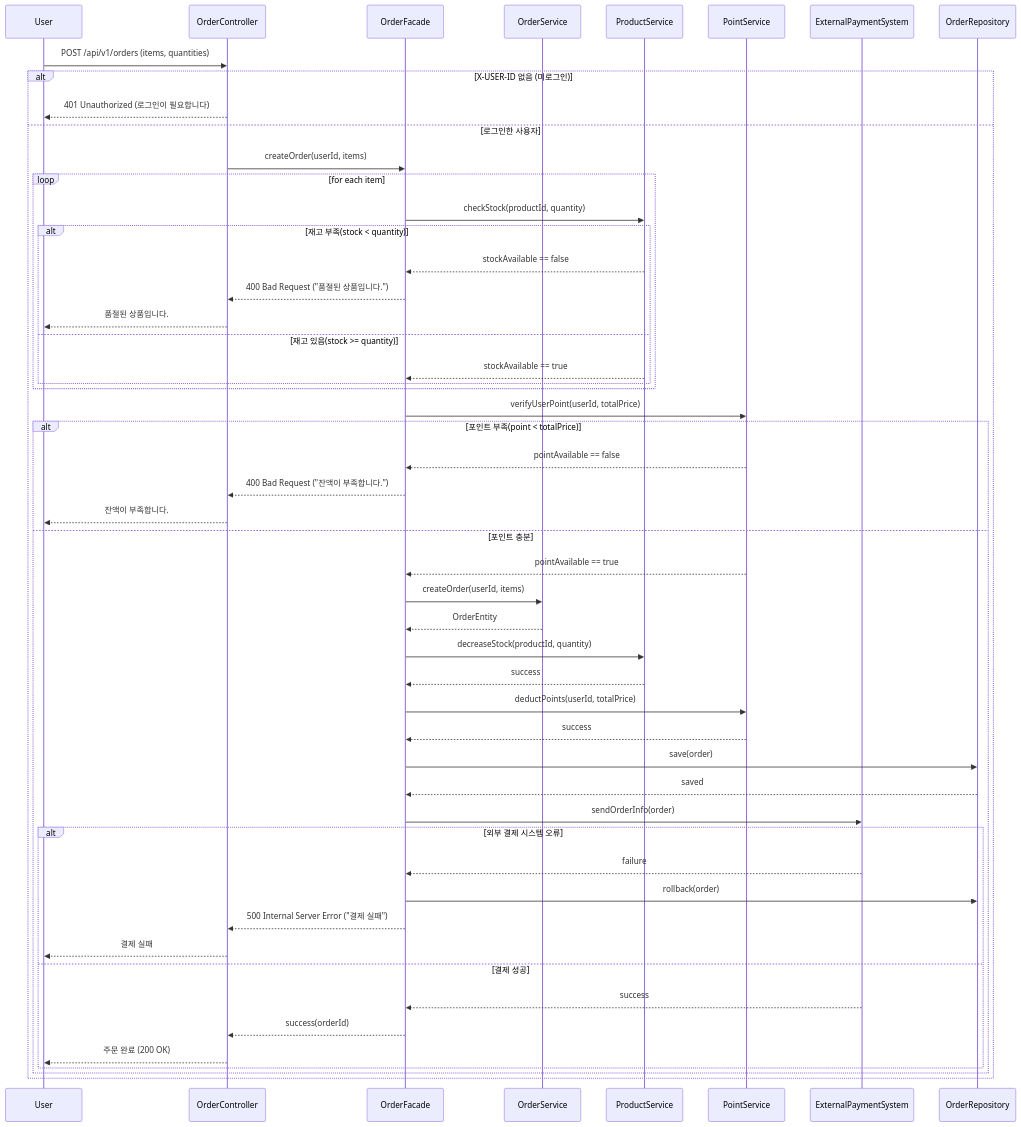
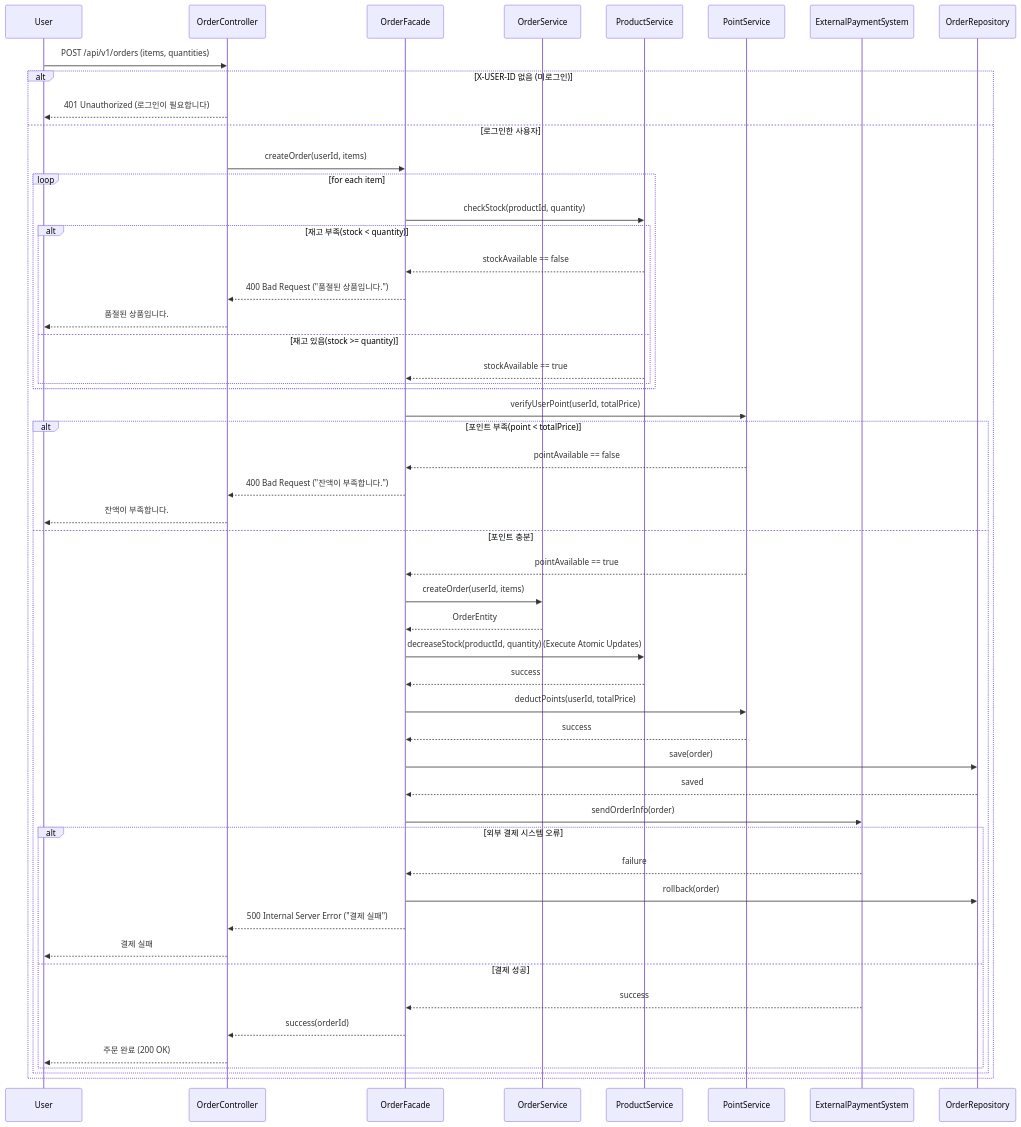
The seventh of 9 diagrams in docs/week2/02-sequence-diagrams.md (yeonjiyeon/loopers-spring-java-template), drawn with Mermaid before and after one commit.

Commit message:
docs: 동시성 이슈 관련 로직 추가

````diff
--- a/docs/week2/02-sequence-diagrams.md
+++ b/docs/week2/02-sequence-diagrams.md
@@ -246,67 +246,68 @@
 ```mermaid
 sequenceDiagram
     participant User
     participant OrderController
     participant OrderFacade
     participant OrderService
     participant ProductService
     participant PointService
     participant ExternalPaymentSystem
     participant OrderRepository
 
     User ->> OrderController: POST /api/v1/orders (items, quantities)
     
     alt X-USER-ID 없음 (미로그인)
         OrderController -->> User: 401 Unauthorized (로그인이 필요합니다)
     else 로그인한 사용자
         OrderController ->> OrderFacade: createOrder(userId, items)
 
         loop for each item
             OrderFacade ->> ProductService: checkStock(productId, quantity)
             
             alt 재고 부족(stock < quantity)
                 ProductService -->> OrderFacade: stockAvailable == false
                 OrderFacade -->> OrderController: 400 Bad Request ("품절된 상품입니다.")
                 OrderController -->> User: 품절된 상품입니다.
             else 재고 있음(stock >= quantity)
                 ProductService -->> OrderFacade: stockAvailable == true
             end
         end
 
         OrderFacade ->> PointService: verifyUserPoint(userId, totalPrice)
         
         alt 포인트 부족(point < totalPrice)
             PointService -->> OrderFacade: pointAvailable == false
             OrderFacade -->> OrderController: 400 Bad Request ("잔액이 부족합니다.")
             OrderController -->> User: 잔액이 부족합니다.
         else 포인트 충분
             PointService -->> OrderFacade: pointAvailable == true
 
             OrderFacade ->> OrderService: createOrder(userId, items)
             OrderService -->> OrderFacade: OrderEntity
-
-            OrderFacade ->> ProductService: decreaseStock(productId, quantity)
+            
+            %% Atomic Update 실행UPDATE product SET stock = stock - ? WHERE id = ? AND stock >= ?
+            OrderFacade ->> ProductService: decreaseStock(productId, quantity) (Execute Atomic Updates)
             ProductService -->> OrderFacade: success
 
             OrderFacade ->> PointService: deductPoints(userId, totalPrice)
             PointService -->> OrderFacade: success
 
             OrderFacade ->> OrderRepository: save(order)
             OrderRepository -->> OrderFacade: saved
 
             OrderFacade ->> ExternalPaymentSystem: sendOrderInfo(order)
             
             alt 외부 결제 시스템 오류
                 ExternalPaymentSystem -->> OrderFacade: failure
                 OrderFacade ->> OrderRepository: rollback(order)
                 OrderFacade -->> OrderController: 500 Internal Server Error ("결제 실패")
                 OrderController -->> User: 결제 실패
             else 결제 성공
                 ExternalPaymentSystem -->> OrderFacade: success
                 OrderFacade -->> OrderController: success(orderId)
                 OrderController -->> User: 주문 완료 (200 OK)
             end
         end
     end
 
 ```
````
